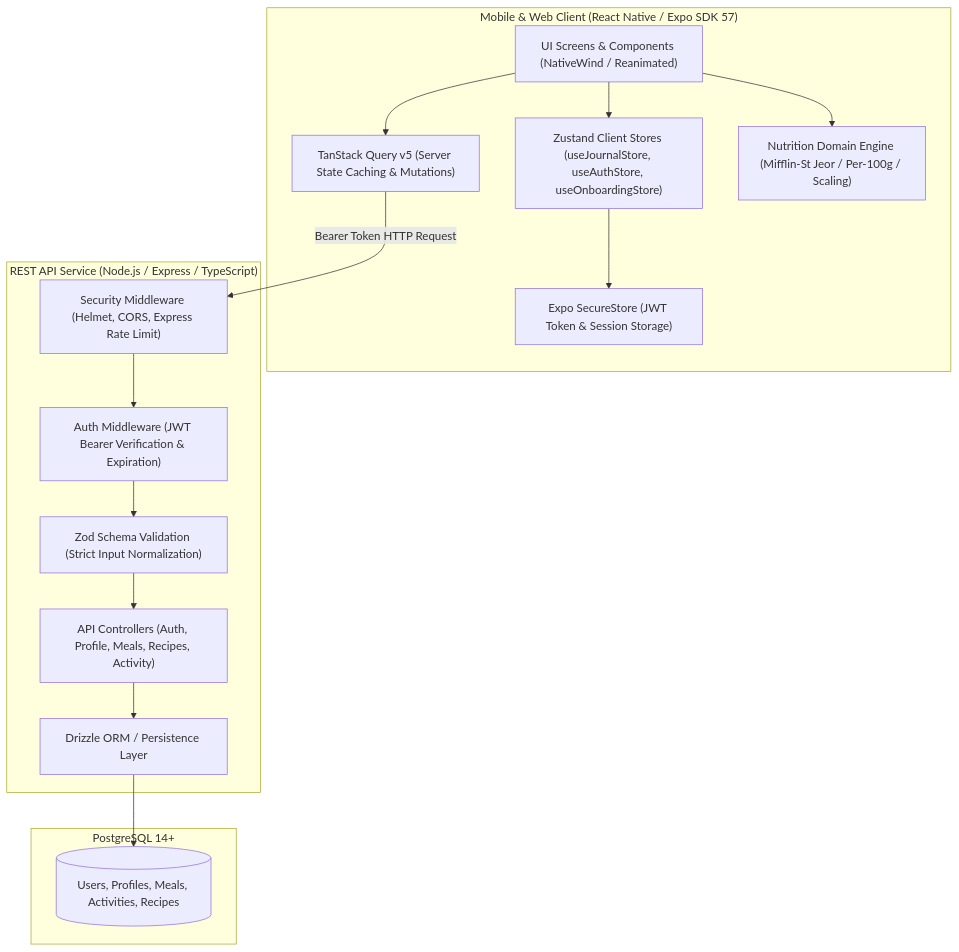
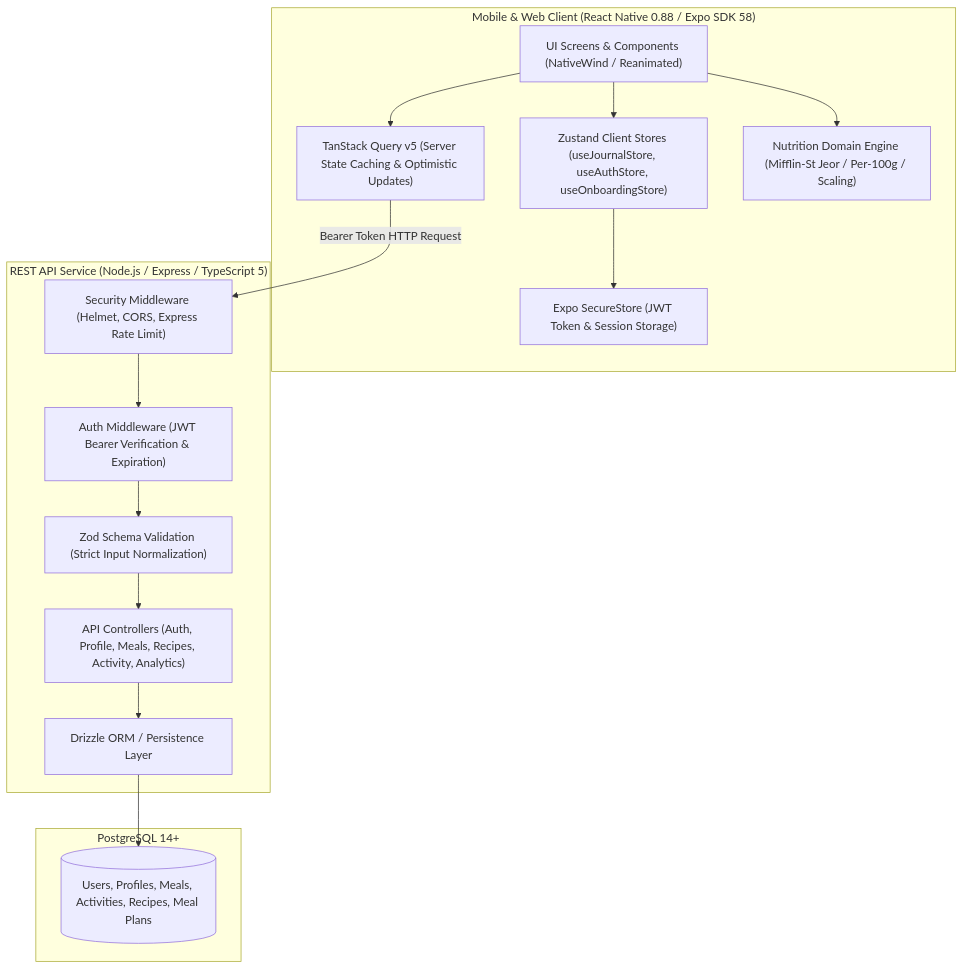
Before and after one commit to Daff77/better-life: the diagram in README.md, drawn with Mermaid. The commit also changed other lines of this file and 4 other files, not shown here.

Commit message:
docs: update README with Expo 58 stack, test metrics & cleanup redundant archives

````diff
--- a/README.md
+++ b/README.md
@@ -56,33 +61,33 @@
 ```mermaid
 graph TD
-    subgraph Client["Mobile & Web Client (React Native / Expo SDK 57)"]
+    subgraph Client["Mobile & Web Client (React Native 0.88 / Expo SDK 58)"]
         UI["UI Screens & Components (NativeWind / Reanimated)"]
         ZStore["Zustand Client Stores (useJournalStore, useAuthStore, useOnboardingStore)"]
-        TQ["TanStack Query v5 (Server State Caching & Mutations)"]
+        TQ["TanStack Query v5 (Server State Caching & Optimistic Updates)"]
         SecStore["Expo SecureStore (JWT Token & Session Storage)"]
         DomLogic["Nutrition Domain Engine (Mifflin-St Jeor / Per-100g / Scaling)"]
     end
 
-    subgraph Backend["REST API Service (Node.js / Express / TypeScript)"]
+    subgraph Backend["REST API Service (Node.js / Express / TypeScript 5)"]
         SecMiddle["Security Middleware (Helmet, CORS, Express Rate Limit)"]
         AuthMiddle["Auth Middleware (JWT Bearer Verification & Expiration)"]
         ZodVal["Zod Schema Validation (Strict Input Normalization)"]
-        Routes["API Controllers (Auth, Profile, Meals, Recipes, Activity)"]
+        Routes["API Controllers (Auth, Profile, Meals, Recipes, Activity, Analytics)"]
         Drizzle["Drizzle ORM / Persistence Layer"]
     end
 
     subgraph Database["PostgreSQL 14+"]
-        DB[(Users, Profiles, Meals, Activities, Recipes)]
+        DB[(Users, Profiles, Meals, Activities, Recipes, Meal Plans)]
     end
 
     UI --> ZStore
     UI --> DomLogic
     ZStore --> SecStore
     UI --> TQ
     TQ -->|Bearer Token HTTP Request| SecMiddle
     SecMiddle --> AuthMiddle
     AuthMiddle --> ZodVal
     ZodVal --> Routes
     Routes --> Drizzle
     Drizzle --> DB
 ```
````
